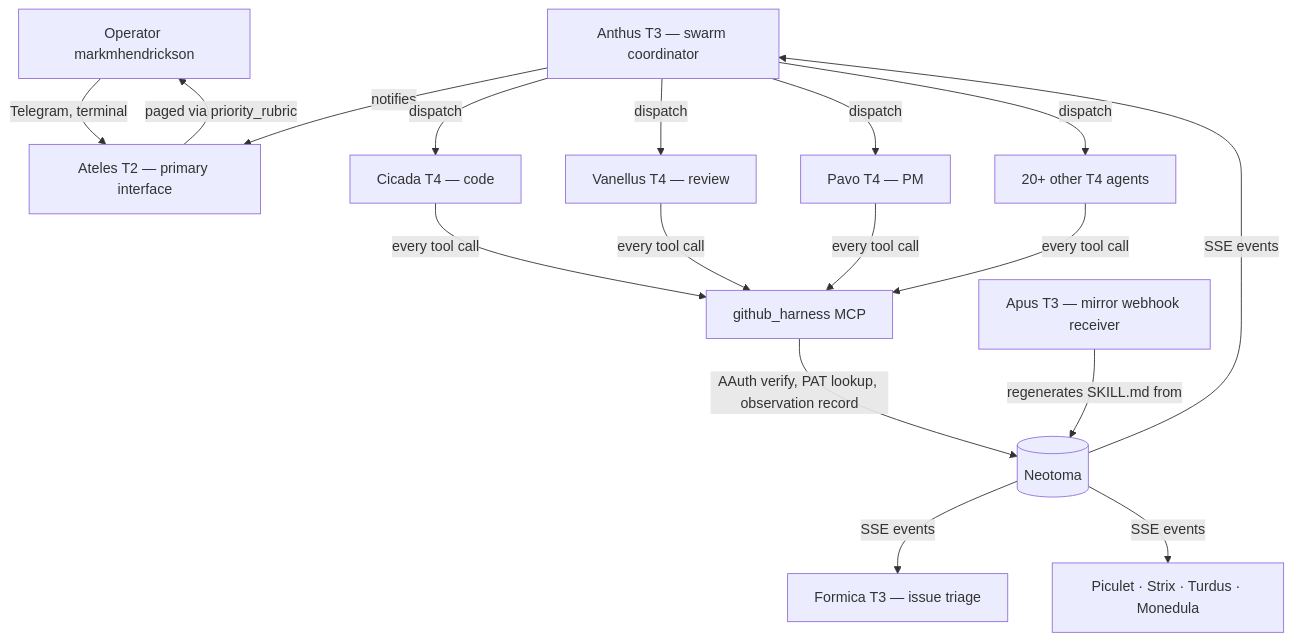
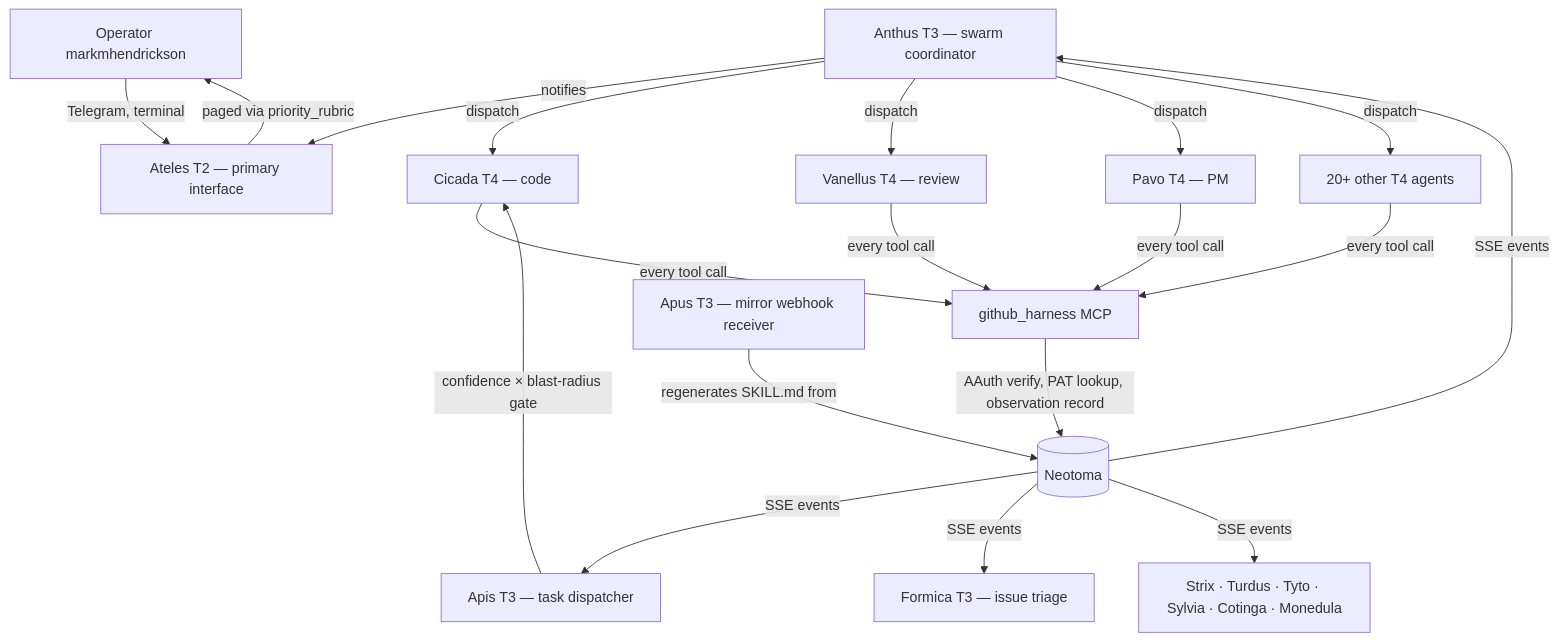
The diagram in README.md (markmhendrickson/ateles), drawn with Mermaid before and after one commit. The commit also changed other lines of this file and 5 other files, not shown here.

````diff
--- a/README.md
+++ b/README.md
@@ -33,16 +33,18 @@
 ```mermaid
 graph TB
   Operator[Operator markmhendrickson] -->|Telegram, terminal| Ateles
   Ateles[Ateles T2 — primary interface] -->|paged via priority_rubric| Operator
   Anthus[Anthus T3 — swarm coordinator] -->|notifies| Ateles
+  Apis[Apis T3 — task dispatcher] -->|confidence × blast-radius gate| Cicada
   Anthus -->|dispatch| Cicada[Cicada T4 — code]
   Anthus -->|dispatch| Vanellus[Vanellus T4 — review]
   Anthus -->|dispatch| Pavo[Pavo T4 — PM]
   Anthus -->|dispatch| Others[20+ other T4 agents]
   Cicada & Vanellus & Pavo & Others -->|every tool call| Harness[github_harness MCP]
   Harness -->|AAuth verify, PAT lookup, observation record| Neotoma[(Neotoma)]
   Apus[Apus T3 — mirror webhook receiver] -->|regenerates SKILL.md from| Neotoma
   Neotoma -->|SSE events| Anthus
+  Neotoma -->|SSE events| Apis
   Neotoma -->|SSE events| Formica[Formica T3 — issue triage]
-  Neotoma -->|SSE events| Other_Daemons[Piculet · Strix · Turdus · Monedula]
+  Neotoma -->|SSE events| Other_Daemons[Strix · Turdus · Tyto · Sylvia · Cotinga · Monedula]
 ```
````
